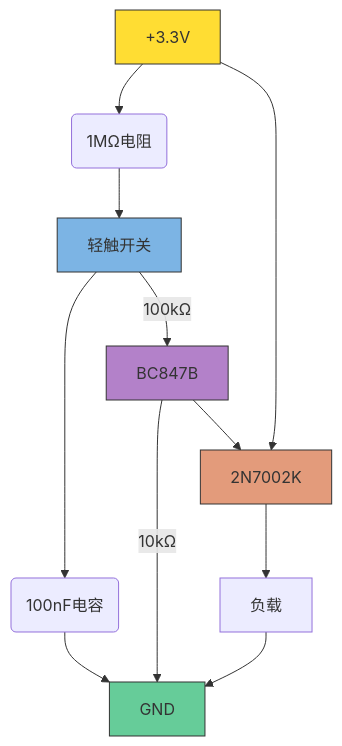
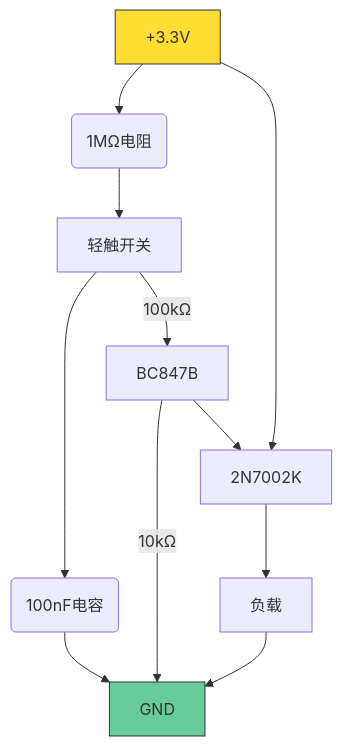
One commit to imaxu/imaxu.github.io changed the second of 3 diagrams in _posts/2025-05-10-mosfet-switch-circuit.md. Above: the diagram before and after it, drawn with Mermaid.

````diff
--- a/_posts/2025-05-10-mosfet-switch-circuit.md
+++ b/_posts/2025-05-10-mosfet-switch-circuit.md
@@ -39,35 +39,28 @@
 ```mermaid
-flowchart TB
-    %% 电源输入部分
+graph TB
+    %% 电源输入
     VCC[+3.3V]
-    class VCC power
     GND[GND]
-    class GND ground
-
+    
     %% 按键网络
     R1(1MΩ电阻)
     SW1[轻触开关]
     C1(100nF电容)
     VCC --> R1 --> SW1
     SW1 --> C1 --> GND
     SW1 -->|100kΩ| Q2[BC847B]
-
+    
     %% 控制逻辑
     Q2 -->|10kΩ| GND
     Q2 --> Q1[2N7002K]
-
+    
     %% 功率输出
     VCC --> Q1 --> LOAD[负载]
     LOAD --> GND
-
-    %% 类定义
+    
+    %% 样式定义
     classDef power fill:#ffdd33,stroke:#333;
     classDef ground fill:#66cc99,stroke:#333;
-    classDef switch fill:#7cb4e4,stroke:#333;
-    classDef mosfet fill:#e39b7b,stroke:#333;
-    classDef bjt fill:#b381c9,stroke:#333;
-
-    class Q1 mosfet;
-    class Q2 bjt;
-    class SW1 switch;
+    class VCC power;
+    class GND ground;
 ```
````
